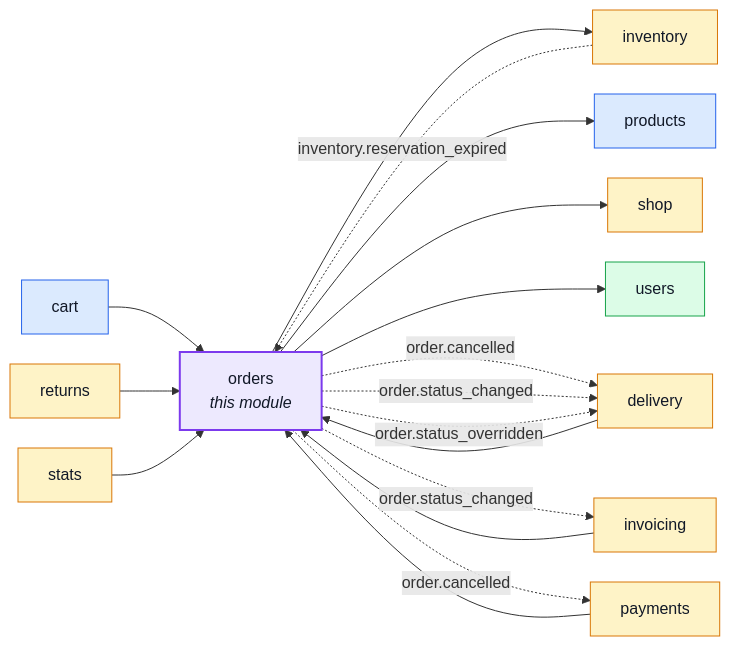
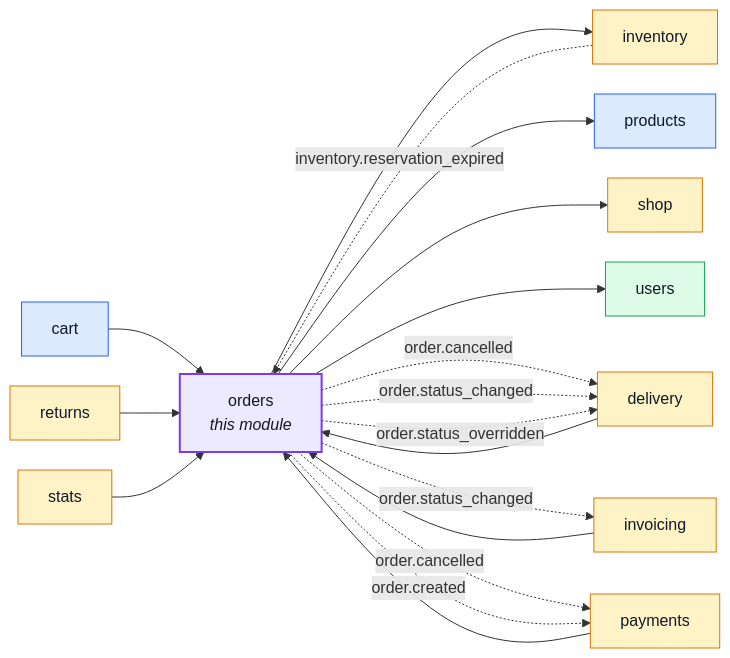
The first of 8 diagrams in docs/modules/orders.md (Guebbit/boilerplate-node-backend), drawn with Mermaid before and after one commit. The commit also changed other lines of this file and 60 other files, not shown here.

````diff
--- a/docs/modules/orders.md
+++ b/docs/modules/orders.md
@@ -16,41 +16,42 @@
 ```mermaid
 %%{init: {'flowchart': {'nodeSpacing': 30, 'rankSpacing': 60}}}%%
 flowchart LR
     orders["orders<br/><i>this module</i>"]
     cart["cart"]
     delivery["delivery"]
     inventory["inventory"]
     invoicing["invoicing"]
     payments["payments"]
     products["products"]
     returns["returns"]
     shop["shop"]
     stats["stats"]
     users["users"]
 
     cart --> orders
     delivery --> orders
     invoicing --> orders
     payments --> orders
     returns --> orders
     stats --> orders
     orders --> inventory
     orders --> products
     orders --> shop
     orders --> users
     inventory -. "inventory.reservation_expired" .-> orders
     orders -. "order.cancelled" .-> delivery
     orders -. "order.status_changed" .-> delivery
     orders -. "order.status_overridden" .-> delivery
     orders -. "order.status_changed" .-> invoicing
     orders -. "order.cancelled" .-> payments
+    orders -. "order.created" .-> payments
 
     classDef core fill:#dbeafe,stroke:#2563eb,color:#111827;
     classDef supporting fill:#fef3c7,stroke:#d97706,color:#111827;
     classDef generic fill:#dcfce7,stroke:#16a34a,color:#111827;
     classDef centre fill:#ede9fe,stroke:#7c3aed,stroke-width:2px,color:#111827;
     class cart,products core;
     class delivery,inventory,invoicing,payments,returns,shop,stats supporting;
     class users generic;
     class orders centre;
 ```
````
